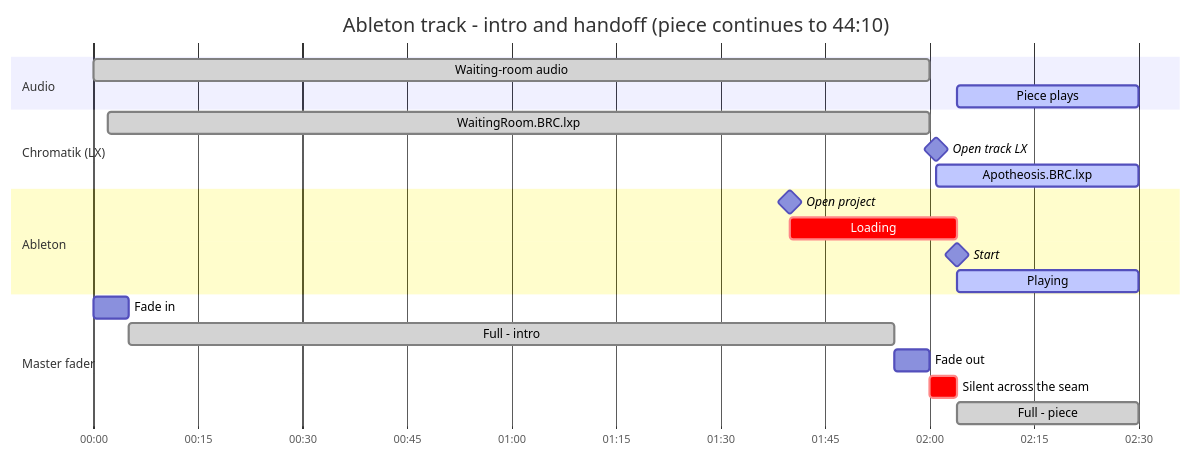
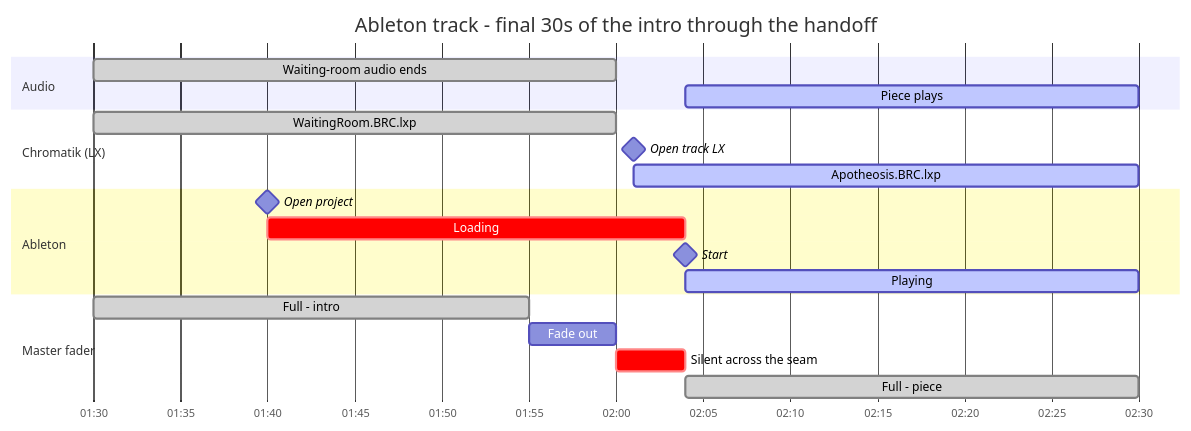
One commit to Apotheneum/VezerGenerator changed the first of 3 diagrams in README.md. Above: the diagram before and after it, drawn with Mermaid. The commit also changed other lines of this file, not shown here.

First line of the commit message:
Use the pnpm scripts in docs; compress the timeline diagrams

````diff
--- a/README.md
+++ b/README.md
@@ -139,24 +141,23 @@
 ```mermaid
 gantt
-    title Ableton track - intro and handoff (piece continues to 44:10)
+    title Ableton track - final 30s of the intro through the handoff
     dateFormat HH:mm:ss
     axisFormat %M:%S
     section Audio
-    Waiting-room audio     :done, a1, 00:00:00, 00:02:00
+    Waiting-room audio ends :done, a1, 00:01:30, 00:02:00
     Piece plays            :active, a2, 00:02:04, 00:02:30
     section Chromatik (LX)
-    WaitingRoom.BRC.lxp    :done, c1, 00:00:02, 00:02:00
+    WaitingRoom.BRC.lxp    :done, c1, 00:01:30, 00:02:00
     Open track LX          :milestone, c2, 00:02:01, 0s
     Apotheosis.BRC.lxp     :active, c3, 00:02:01, 00:02:30
     section Ableton
     Open project           :milestone, b1, 00:01:40, 0s
     Loading                :crit, b2, 00:01:40, 00:02:04
     Start                  :milestone, b3, 00:02:04, 0s
     Playing                :active, b4, 00:02:04, 00:02:30
     section Master fader
-    Fade in                :m1, 00:00:00, 00:00:05
-    Full - intro           :done, m2, 00:00:05, 00:01:55
+    Full - intro           :done, m2, 00:01:30, 00:01:55
     Fade out               :m3, 00:01:55, 00:02:00
     Silent across the seam :crit, m4, 00:02:00, 00:02:04
     Full - piece           :done, m5, 00:02:04, 00:02:30
 ```
````
